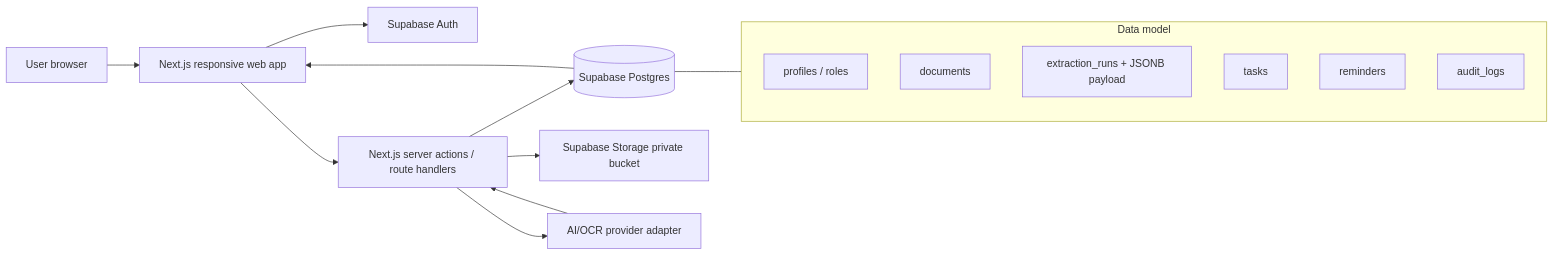
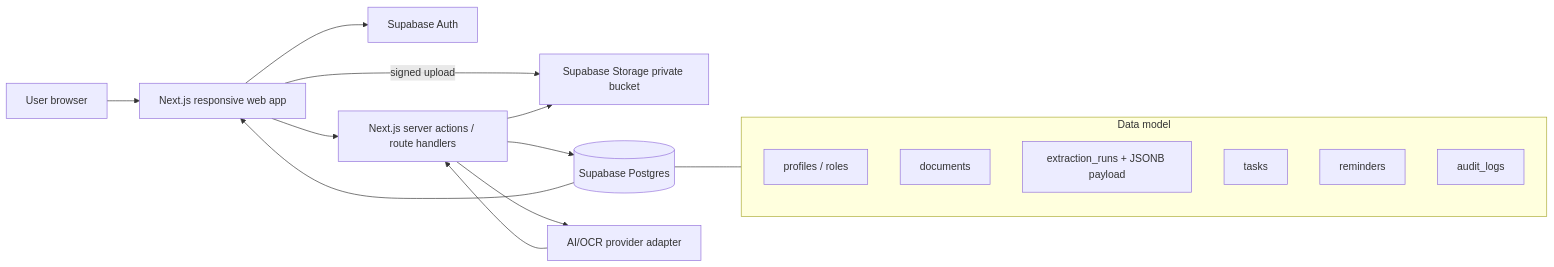
One commit to Day-Keeper-Group1/Day-Keeper-Group-1 changed the diagram in docs/DayKeeper-Tech-Stack-Recommendation.md. Above: the diagram before and after it, drawn with Mermaid. The commit also changed other lines of this file, not shown here.

````diff
--- a/docs/DayKeeper-Tech-Stack-Recommendation.md
+++ b/docs/DayKeeper-Tech-Stack-Recommendation.md
@@ -54,22 +54,23 @@
 ```mermaid
 flowchart LR
     U[User browser] --> UI[Next.js responsive web app]
     UI --> AUTH[Supabase Auth]
     UI --> API[Next.js server actions / route handlers]
+    UI -->|signed upload| ST
     API --> DB[(Supabase Postgres)]
     API --> ST[Supabase Storage private bucket]
     API --> AI[AI/OCR provider adapter]
     AI --> API
     DB --> UI
 
     subgraph DBData[Data model]
       USERS[profiles / roles]
       DOCS[documents]
       EX[extraction_runs + JSONB payload]
       TASKS[tasks]
       REM[reminders]
       AUDIT[audit_logs]
     end
 
     DB --- DBData
 ```
````
